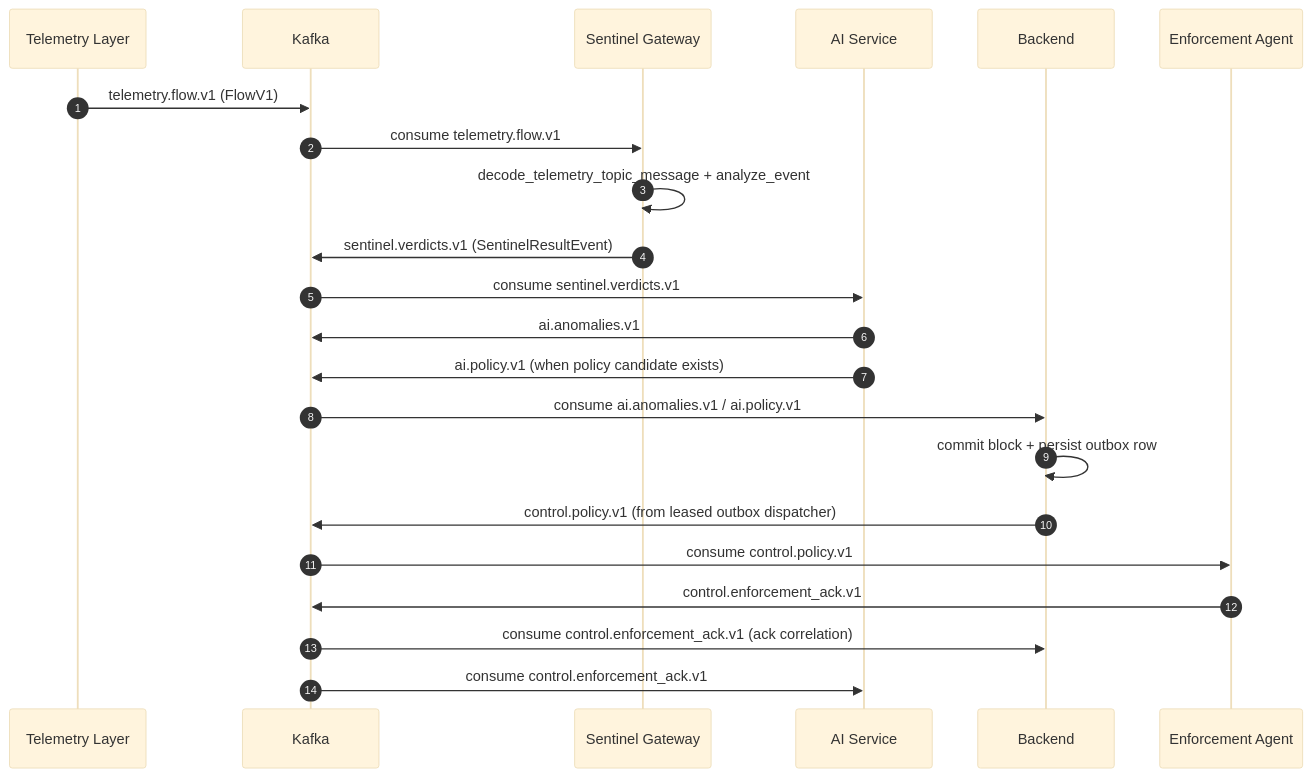
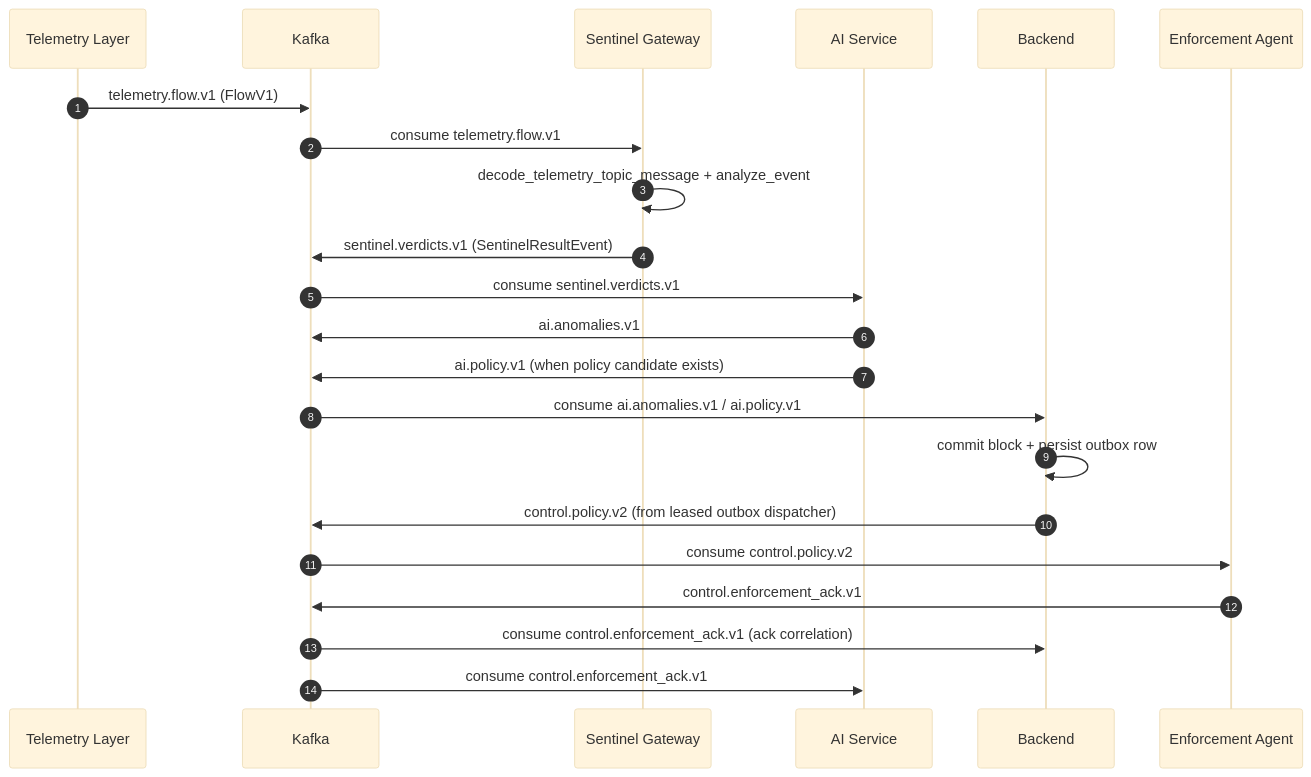
One commit to EveShark/CyberMesh changed the third of 3 diagrams in docs/architecture/13_sentinel_integration.md. Above: the diagram before and after it, drawn with Mermaid (base theme). The commit also changed other lines of this file and 35 other files, not shown here.

Commit message:
Migrate control policy runtime and signing to v2

````diff
--- a/docs/architecture/13_sentinel_integration.md
+++ b/docs/architecture/13_sentinel_integration.md
@@ -92,27 +92,27 @@
 ```mermaid
 sequenceDiagram
     autonumber
     participant TL as Telemetry Layer
     participant K as Kafka
     participant S as Sentinel Gateway
     participant AI as AI Service
     participant BE as Backend
     participant EA as Enforcement Agent
 
     TL->>K: telemetry.flow.v1 (FlowV1)
     K->>S: consume telemetry.flow.v1
     S->>S: decode_telemetry_topic_message + analyze_event
     S->>K: sentinel.verdicts.v1 (SentinelResultEvent)
 
     K->>AI: consume sentinel.verdicts.v1
     AI->>K: ai.anomalies.v1
     AI->>K: ai.policy.v1 (when policy candidate exists)
 
     K->>BE: consume ai.anomalies.v1 / ai.policy.v1
     BE->>BE: commit block + persist outbox row
-    BE->>K: control.policy.v1 (from leased outbox dispatcher)
-    K->>EA: consume control.policy.v1
+    BE->>K: control.policy.v2 (from leased outbox dispatcher)
+    K->>EA: consume control.policy.v2
     EA->>K: control.enforcement_ack.v1
     K->>BE: consume control.enforcement_ack.v1 (ack correlation)
     K->>AI: consume control.enforcement_ack.v1
 ```
````
